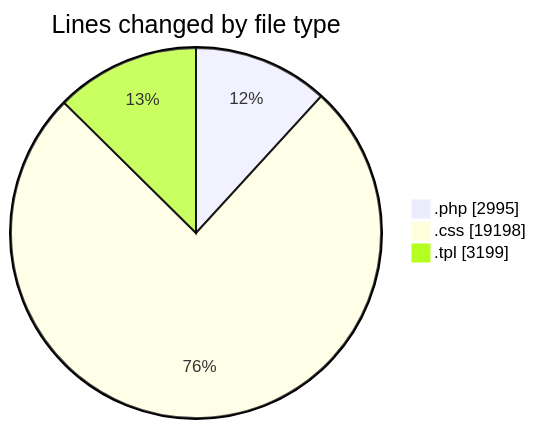
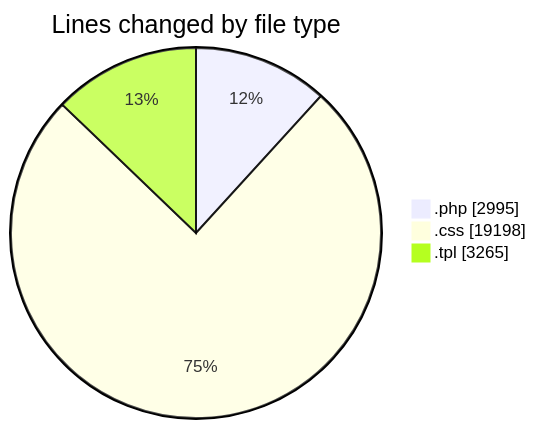
One commit to vahidmafi/code-tracking changed the first of 2 diagrams in 2025-03-23/zeytoon/README.md. Above: the diagram before and after it, drawn with Mermaid. The commit also changed other lines of this file and 1 other file, not shown here.

````diff
--- a/2025-03-23/zeytoon/README.md
+++ b/2025-03-23/zeytoon/README.md
@@ -28,7 +29,7 @@
 ```mermaid
 pie showData
 title Lines changed by file type
 ".php" : 2995
 ".css" : 19198
-".tpl" : 3199
+".tpl" : 3265
 ```
````
